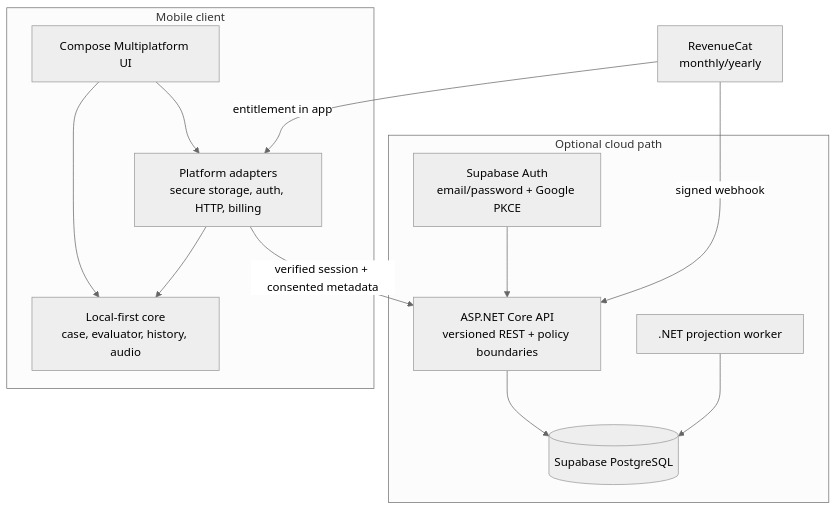
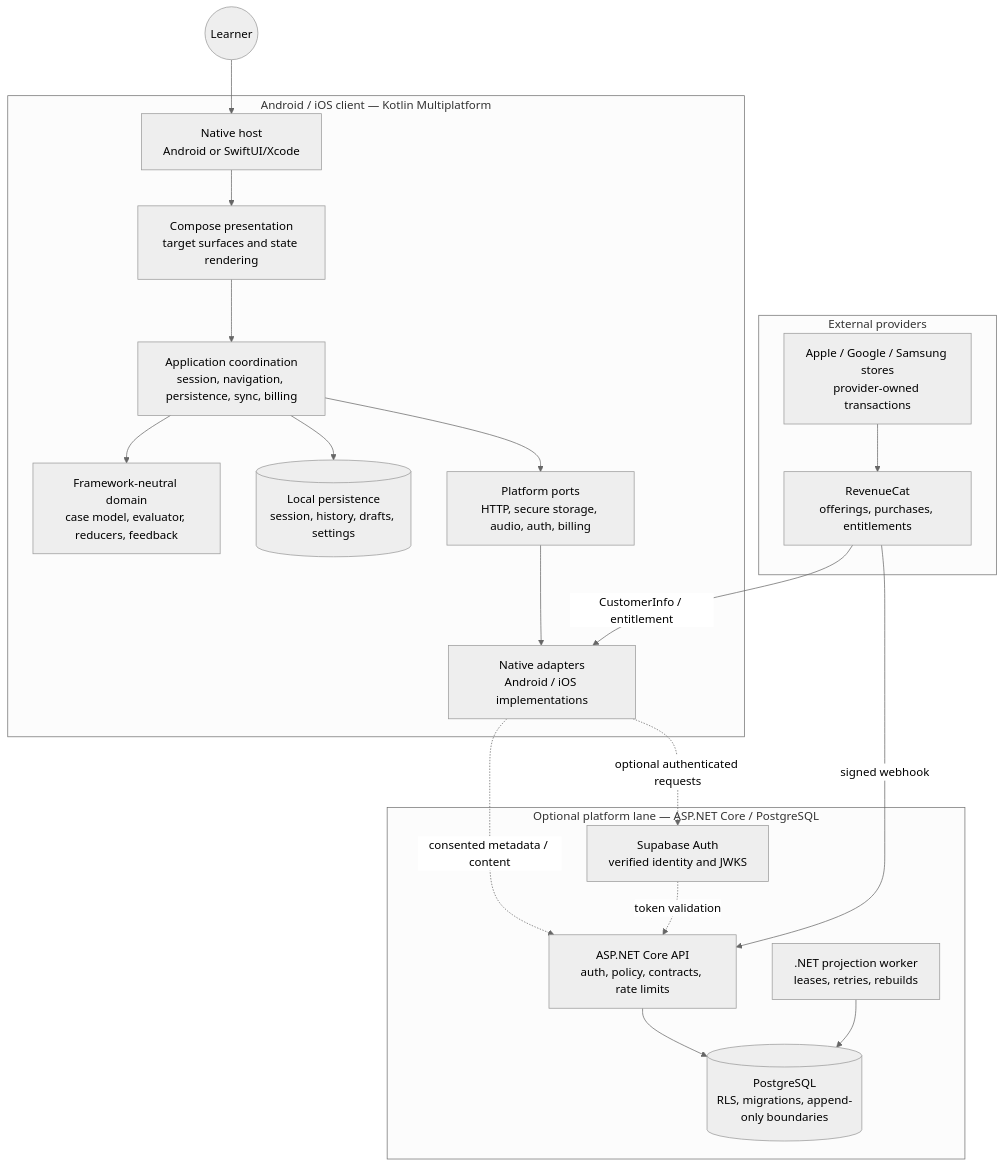
Before and after one commit to AndroLay/evidrilo: the second of 8 diagrams in README.md, drawn with Mermaid (neutral theme). The commit also changed other lines of this file, not shown here.

Commit message:
docs: expand README architecture and workflows

````diff
--- a/README.md
+++ b/README.md
@@ -136,25 +247,43 @@
 ```mermaid
-flowchart TD
-    subgraph Mobile[Mobile client]
-        UI[Compose Multiplatform UI]
-        Core[Local-first core<br/>case, evaluator, history, audio]
-        Adapters[Platform adapters<br/>secure storage, auth, HTTP, billing]
-        UI --> Core
-        UI --> Adapters
-        Adapters --> Core
+flowchart TB
+    Learner((Learner))
+
+    subgraph Client[Android / iOS client — Kotlin Multiplatform]
+        Shell[Native host<br/>Android or SwiftUI/Xcode]
+        Presentation[Compose presentation<br/>target surfaces and state rendering]
+        Application[Application coordination<br/>session, navigation, persistence, sync, billing]
+        Domain[Framework-neutral domain<br/>case model, evaluator, reducers, feedback]
+        Local[(Local persistence<br/>session, history, drafts, settings)]
+        Ports[Platform ports<br/>HTTP, secure storage, audio, auth, billing]
+        Native[Native adapters<br/>Android / iOS implementations]
+
+        Shell --> Presentation
+        Presentation --> Application
+        Application --> Domain
+        Application --> Local
+        Application --> Ports
+        Ports --> Native
     end
 
-    subgraph Optional[Optional cloud path]
-        Auth[Supabase Auth<br/>email/password + Google PKCE]
-        API[ASP.NET Core API<br/>versioned REST + policy boundaries]
-        DB[(Supabase PostgreSQL)]
-        Worker[.NET projection worker]
-        Auth --> API
-        API --> DB
-        Worker --> DB
+    subgraph Platform[Optional platform lane — ASP.NET Core / PostgreSQL]
+        Auth[Supabase Auth<br/>verified identity and JWKS]
+        API[ASP.NET Core API<br/>auth, policy, contracts, rate limits]
+        Database[(PostgreSQL<br/>RLS, migrations, append-only boundaries)]
+        Worker[.NET projection worker<br/>leases, retries, rebuilds]
+        API --> Database
+        Worker --> Database
     end
 
-    Billing[RevenueCat<br/>monthly/yearly] -->|entitlement in app| Adapters
-    Billing -->|signed webhook| API
-    Adapters -->|verified session + consented metadata| API
+    subgraph Providers[External providers]
+        RevenueCat[RevenueCat<br/>offerings, purchases, entitlements]
+        Store[Apple / Google / Samsung stores<br/>provider-owned transactions]
+    end
+
+    Learner --> Shell
+    Native -. optional authenticated requests .-> Auth
+    Native -. consented metadata / content .-> API
+    Auth -. token validation .-> API
+    RevenueCat -->|CustomerInfo / entitlement| Native
+    Store --> RevenueCat
+    RevenueCat -->|signed webhook| API
 ```
````
